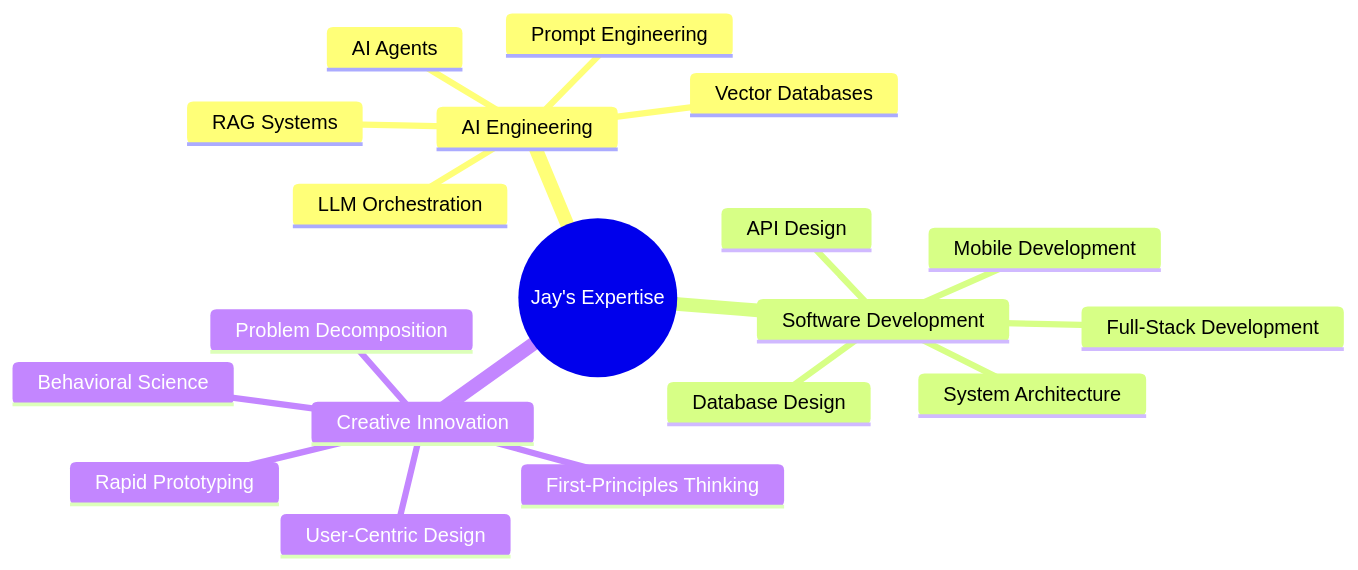
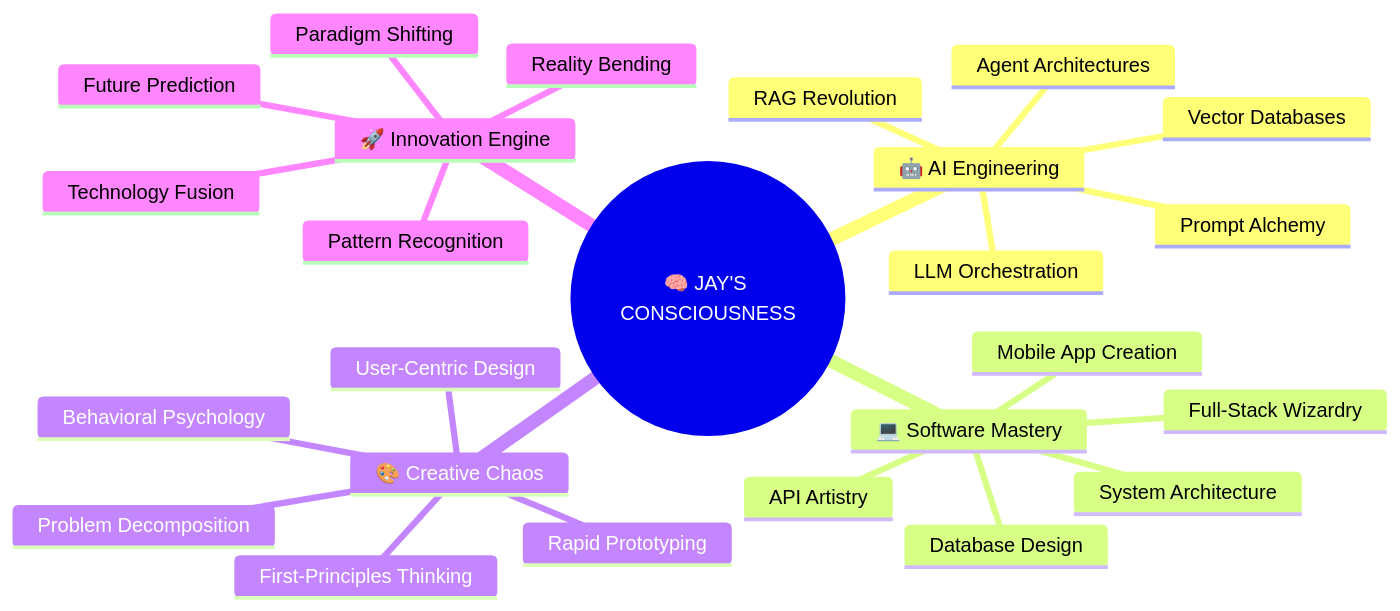
The diagram in README.md (jay1331k/jay1331k), drawn with Mermaid before and after one commit. The commit also changed other lines of this file, not shown here.

````diff
--- a/README.md
+++ b/README.md
@@ -162,22 +373,28 @@
 ```mermaid
 mindmap
-  root((Jay's Expertise))
-    AI Engineering
+  root((🧠 JAY'S CONSCIOUSNESS))
+    🤖 AI Engineering
       LLM Orchestration
-      RAG Systems
-      AI Agents
+      RAG Revolution
+      Agent Architectures
       Vector Databases
-      Prompt Engineering
-    Software Development
-      Full-Stack Development
-      Mobile Development
+      Prompt Alchemy
+    💻 Software Mastery
+      Full-Stack Wizardry
+      Mobile App Creation
       System Architecture
-      API Design
+      API Artistry
       Database Design
-    Creative Innovation
+    🎨 Creative Chaos
       First-Principles Thinking
       Problem Decomposition
       Rapid Prototyping
       User-Centric Design
-      Behavioral Science
+      Behavioral Psychology
+    🚀 Innovation Engine
+      Pattern Recognition
+      Future Prediction
+      Technology Fusion
+      Paradigm Shifting
+      Reality Bending
 ```
````
